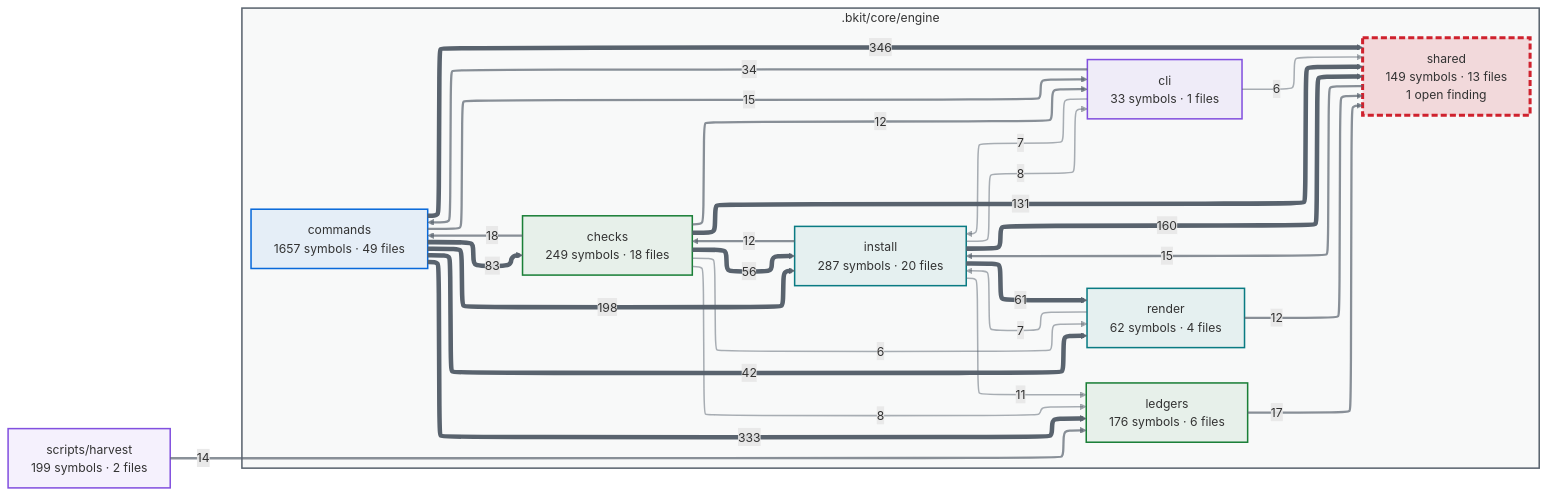
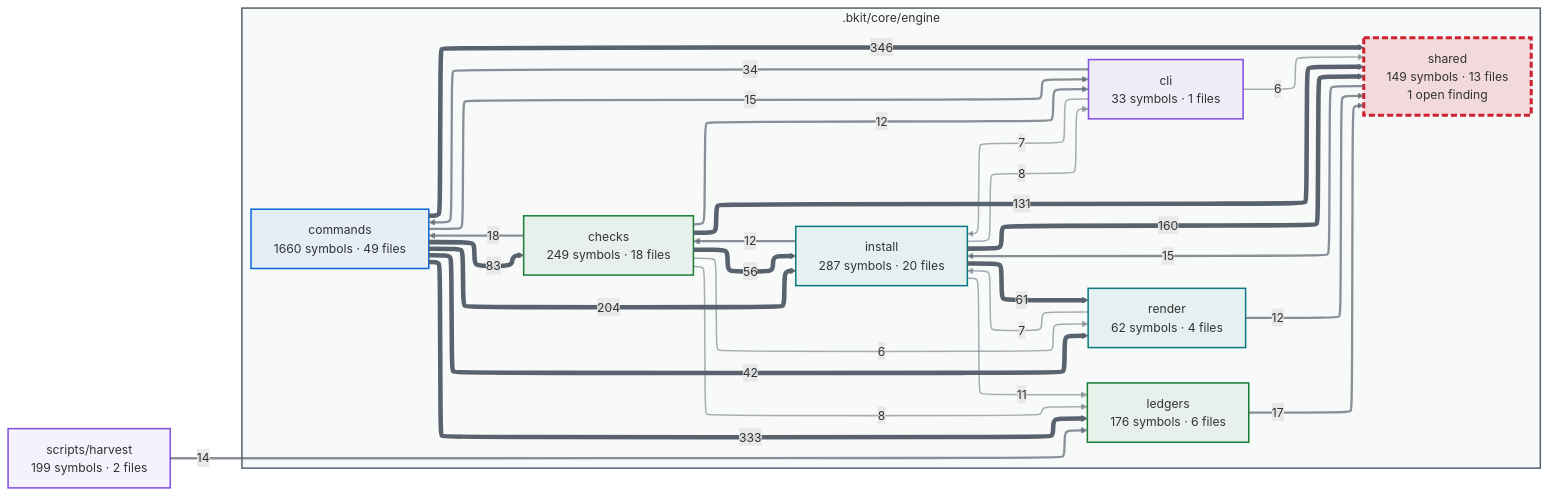
The first of 2 diagrams in docs/capabilities.md (cbartens/bkit), drawn with Mermaid before and after one commit. The commit also changed other lines of this file and 27 other files, not shown here.

````diff
--- a/docs/capabilities.md
+++ b/docs/capabilities.md
@@ -153,80 +153,80 @@
 ```mermaid
 ---
 config:
   layout: elk
   themeCSS: "marker { overflow: visible; } marker path { transform: scale(1.8); transform-origin: 5px 5px; }"
   flowchart:
     useMaxWidth: false
 ---
 flowchart LR
-  %% Generated by bkit-graphify-rollup.py from f1acd28aca82ed6458c9a8116a2a2e9bff3c96d6 — do not edit
+  %% Generated by bkit-graphify-rollup.py from 2344b8a67b2dba1b8f01c746abadde30e241f5bc — do not edit
   subgraph gn_bkit_core_engine[".bkit/core/engine"]
     n_bkit_core_engine_checks["checks<br/>249 symbols · 18 files"]
     n_bkit_core_engine_cli["cli<br/>33 symbols · 1 files"]
-    n_bkit_core_engine_commands["commands<br/>1657 symbols · 49 files"]
+    n_bkit_core_engine_commands["commands<br/>1660 symbols · 49 files"]
     n_bkit_core_engine_install["install<br/>287 symbols · 20 files"]
     n_bkit_core_engine_ledgers["ledgers<br/>176 symbols · 6 files"]
     n_bkit_core_engine_render["render<br/>62 symbols · 4 files"]
     n_bkit_core_engine_shared["shared<br/>149 symbols · 13 files<br/>1 open finding"]
   end
   nscripts_harvest["scripts/harvest<br/>199 symbols · 2 files"]
   n_bkit_core_engine_commands -->|346| n_bkit_core_engine_shared
   n_bkit_core_engine_commands -->|333| n_bkit_core_engine_ledgers
-  n_bkit_core_engine_commands -->|198| n_bkit_core_engine_install
+  n_bkit_core_engine_commands -->|204| n_bkit_core_engine_install
   n_bkit_core_engine_install -->|160| n_bkit_core_engine_shared
   n_bkit_core_engine_checks -->|131| n_bkit_core_engine_shared
   n_bkit_core_engine_commands -->|83| n_bkit_core_engine_checks
   n_bkit_core_engine_install -->|61| n_bkit_core_engine_render
   n_bkit_core_engine_checks -->|56| n_bkit_core_engine_install
   n_bkit_core_engine_commands -->|42| n_bkit_core_engine_render
   n_bkit_core_engine_cli -->|34| n_bkit_core_engine_commands
   n_bkit_core_engine_checks -->|18| n_bkit_core_engine_commands
   n_bkit_core_engine_ledgers -->|17| n_bkit_core_engine_shared
   n_bkit_core_engine_shared -->|15| n_bkit_core_engine_install
   n_bkit_core_engine_commands -->|15| n_bkit_core_engine_cli
   nscripts_harvest -->|14| n_bkit_core_engine_ledgers
   n_bkit_core_engine_install -->|12| n_bkit_core_engine_checks
   n_bkit_core_engine_checks -->|12| n_bkit_core_engine_cli
   n_bkit_core_engine_render -->|12| n_bkit_core_engine_shared
   n_bkit_core_engine_install -->|11| n_bkit_core_engine_ledgers
   n_bkit_core_engine_checks -->|8| n_bkit_core_engine_ledgers
   n_bkit_core_engine_install -->|8| n_bkit_core_engine_cli
   n_bkit_core_engine_cli -->|7| n_bkit_core_engine_install
   n_bkit_core_engine_render -->|7| n_bkit_core_engine_install
   n_bkit_core_engine_checks -->|6| n_bkit_core_engine_render
   n_bkit_core_engine_cli -->|6| n_bkit_core_engine_shared
   style gn_bkit_core_engine fill:#59636e0a,stroke:#59636e,stroke-width:2px
   style n_bkit_core_engine_checks stroke:#1a7f37,stroke-width:2px,fill:#1a7f3714
   style n_bkit_core_engine_cli stroke:#8250df,stroke-width:2px,fill:#8250df14
   style n_bkit_core_engine_commands stroke:#0969da,stroke-width:2px,fill:#0969da14
   style n_bkit_core_engine_install stroke:#0a7b83,stroke-width:2px,fill:#0a7b8314
   style n_bkit_core_engine_ledgers stroke:#1a7f37,stroke-width:2px,fill:#1a7f3714
   style n_bkit_core_engine_render stroke:#0a7b83,stroke-width:2px,fill:#0a7b8314
   style n_bkit_core_engine_shared stroke:#cf222e,stroke-width:4px,stroke-dasharray:8 4,fill:#cf222e26
   style nscripts_harvest stroke:#8250df,stroke-width:2px,fill:#8250df14
   linkStyle 0 stroke:#59636e,stroke-width:6px
   linkStyle 1 stroke:#59636e,stroke-width:6px
   linkStyle 2 stroke:#59636e,stroke-width:6px
   linkStyle 3 stroke:#59636e,stroke-width:6px
   linkStyle 4 stroke:#59636e,stroke-width:6px
   linkStyle 5 stroke:#59636e,stroke-width:6px
   linkStyle 6 stroke:#59636e,stroke-width:6px
   linkStyle 7 stroke:#59636e,stroke-width:6px
   linkStyle 8 stroke:#59636e,stroke-width:6px
   linkStyle 9 stroke:#59636eb3,stroke-width:3px
   linkStyle 10 stroke:#59636eb3,stroke-width:3px
   linkStyle 11 stroke:#59636eb3,stroke-width:3px
   linkStyle 12 stroke:#59636eb3,stroke-width:3px
   linkStyle 13 stroke:#59636eb3,stroke-width:3px
   linkStyle 14 stroke:#59636eb3,stroke-width:3px
   linkStyle 15 stroke:#59636eb3,stroke-width:3px
   linkStyle 16 stroke:#59636eb3,stroke-width:3px
   linkStyle 17 stroke:#59636eb3,stroke-width:3px
   linkStyle 18 stroke:#59636e80,stroke-width:2px
   linkStyle 19 stroke:#59636e80,stroke-width:2px
   linkStyle 20 stroke:#59636e80,stroke-width:2px
   linkStyle 21 stroke:#59636e80,stroke-width:2px
   linkStyle 22 stroke:#59636e80,stroke-width:2px
   linkStyle 23 stroke:#59636e80,stroke-width:2px
   linkStyle 24 stroke:#59636e80,stroke-width:2px
 ```
````
